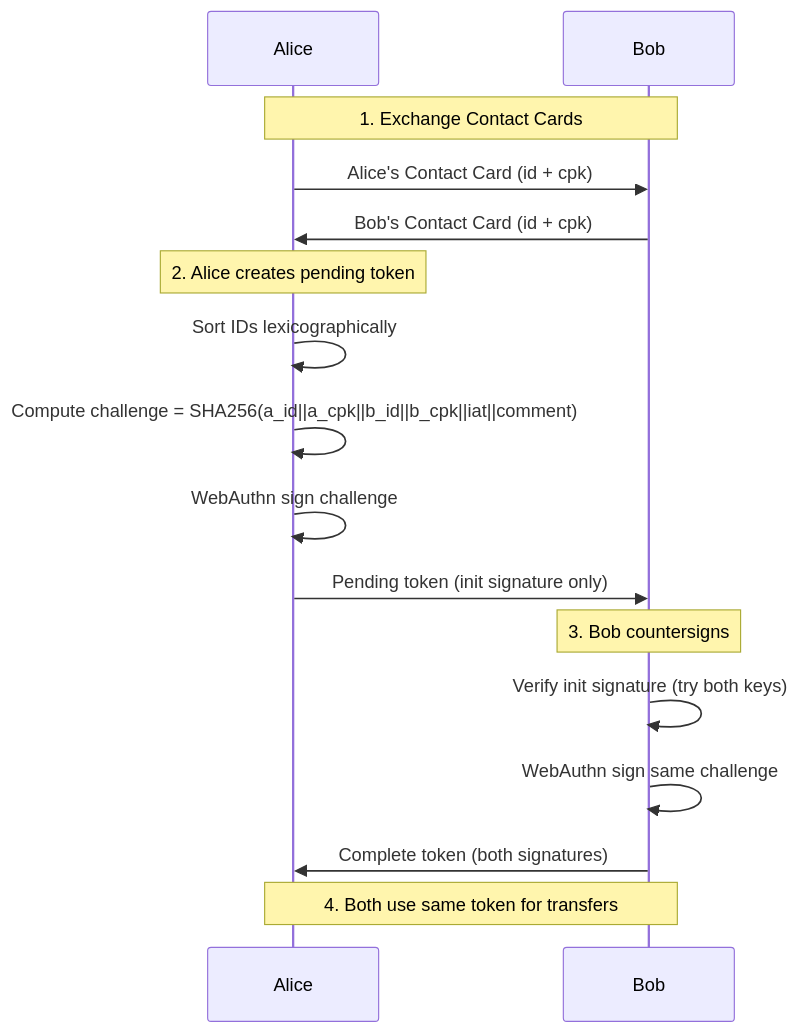
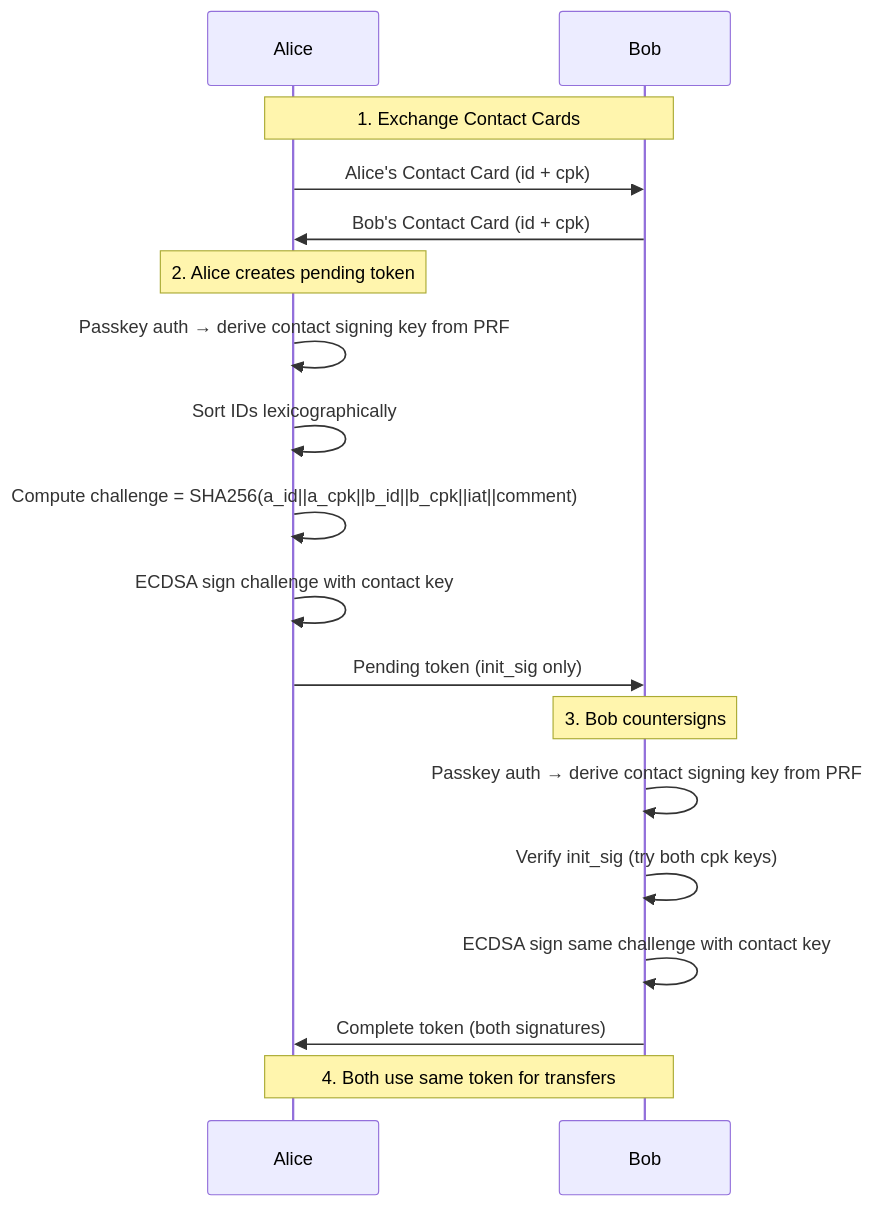
One commit to andrewtheguy/secure-send-web changed the fourth of 9 diagrams in docs/ARCHITECTURE.md. Above: the diagram before and after it, drawn with Mermaid. The commit also changed other lines of this file and 5 other files, not shown here.

Commit message:
feat: derive contact signing key pair from passkey master key

````diff
--- a/docs/ARCHITECTURE.md
+++ b/docs/ARCHITECTURE.md
@@ -210,18 +208,20 @@
 ```mermaid
 sequenceDiagram
     participant Alice
     participant Bob
     Note over Alice,Bob: 1. Exchange Contact Cards
     Alice->>Bob: Alice's Contact Card (id + cpk)
     Bob->>Alice: Bob's Contact Card (id + cpk)
     Note over Alice: 2. Alice creates pending token
+    Alice->>Alice: Passkey auth → derive contact signing key from PRF
     Alice->>Alice: Sort IDs lexicographically
     Alice->>Alice: Compute challenge = SHA256(a_id||a_cpk||b_id||b_cpk||iat||comment)
-    Alice->>Alice: WebAuthn sign challenge
-    Alice->>Bob: Pending token (init signature only)
+    Alice->>Alice: ECDSA sign challenge with contact key
+    Alice->>Bob: Pending token (init_sig only)
     Note over Bob: 3. Bob countersigns
-    Bob->>Bob: Verify init signature (try both keys)
-    Bob->>Bob: WebAuthn sign same challenge
+    Bob->>Bob: Passkey auth → derive contact signing key from PRF
+    Bob->>Bob: Verify init_sig (try both cpk keys)
+    Bob->>Bob: ECDSA sign same challenge with contact key
     Bob->>Alice: Complete token (both signatures)
     Note over Alice,Bob: 4. Both use same token for transfers
 ```
````
